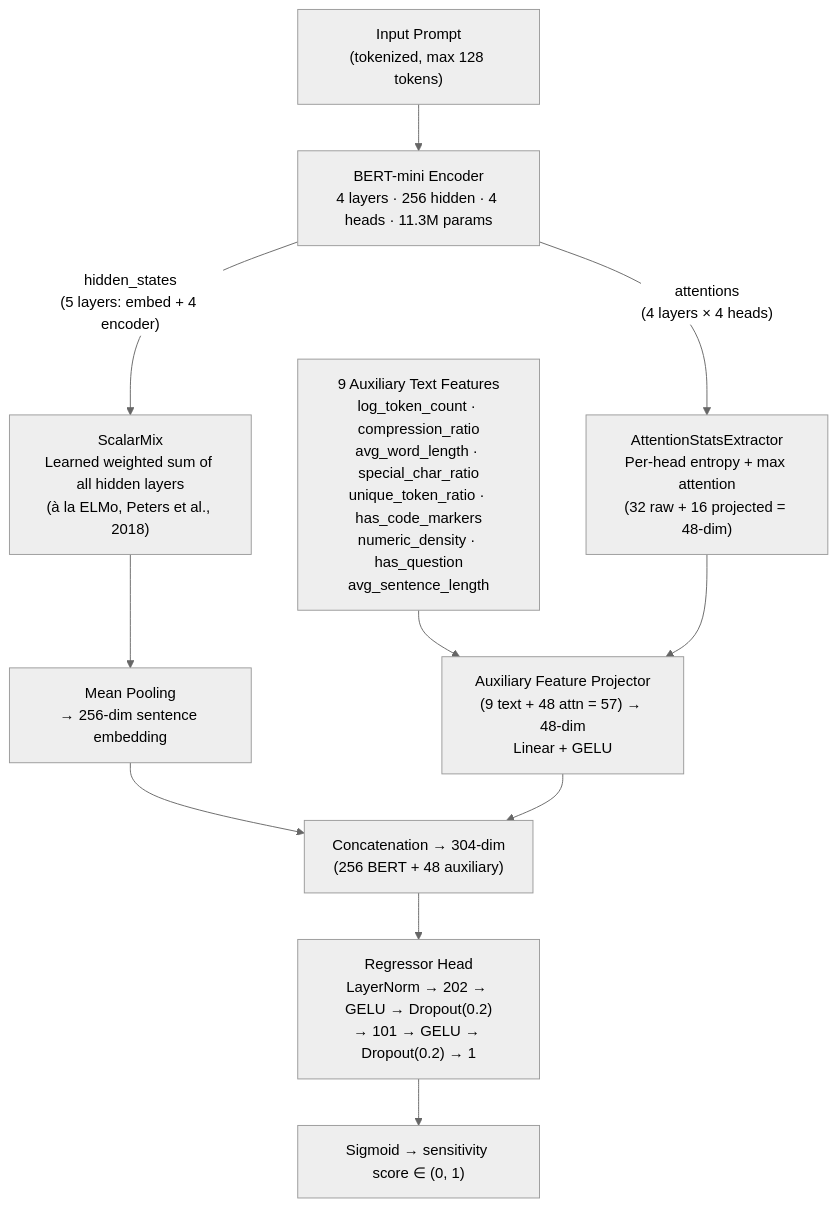
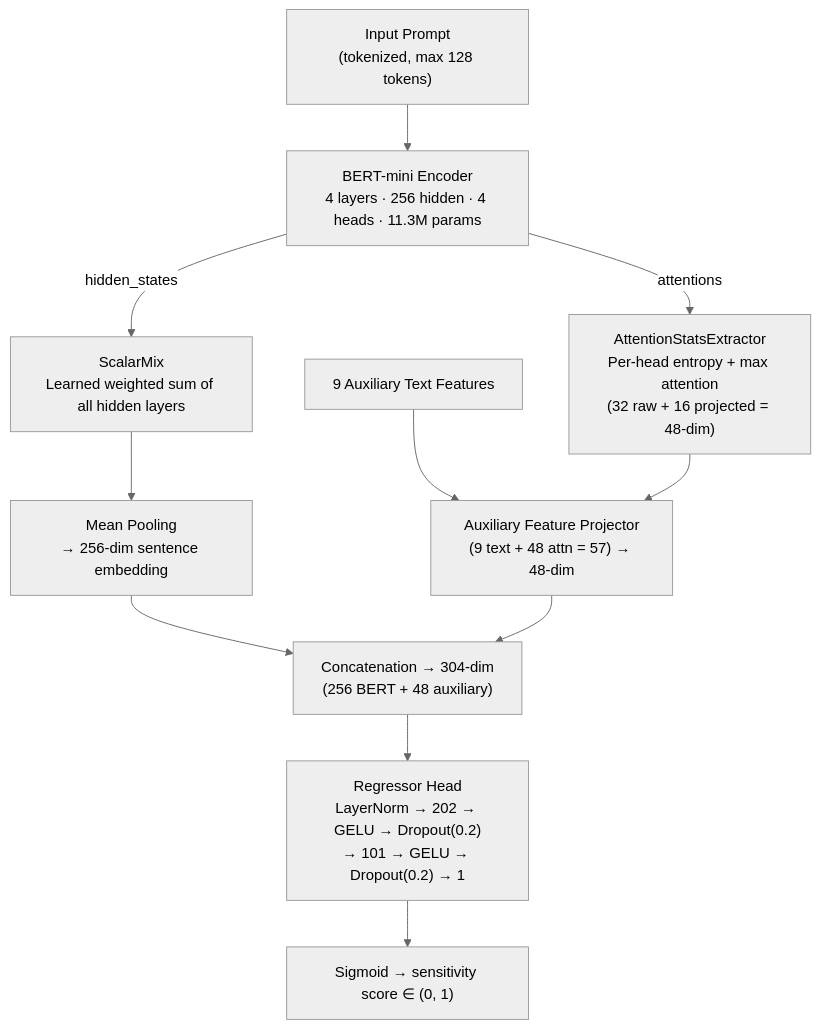
One commit to asief-iqbal/Thesis changed the third of 3 diagrams in README.md. Above: the diagram before and after it, drawn with Mermaid (neutral theme). The commit also changed other lines of this file and 247 other files, not shown here.

````diff
--- a/README.md
+++ b/README.md
@@ -231,13 +156,13 @@
 ```mermaid
 flowchart TD
     A["Input Prompt<br/>(tokenized, max 128 tokens)"] --> B["BERT-mini Encoder<br/>4 layers · 256 hidden · 4 heads · 11.3M params"]
-    B -->|"hidden_states<br/>(5 layers: embed + 4 encoder)"| C["ScalarMix<br/>Learned weighted sum of all hidden layers<br/>(à la ELMo, Peters et al., 2018)"]
-    B -->|"attentions<br/>(4 layers × 4 heads)"| D["AttentionStatsExtractor<br/>Per-head entropy + max attention<br/>(32 raw + 16 projected = 48-dim)"]
+    B -->|"hidden_states"| C["ScalarMix<br/>Learned weighted sum of all hidden layers"]
+    B -->|"attentions"| D["AttentionStatsExtractor<br/>Per-head entropy + max attention<br/>(32 raw + 16 projected = 48-dim)"]
     C --> E["Mean Pooling<br/>→ 256-dim sentence embedding"]
-    G["9 Auxiliary Text Features<br/>log_token_count · compression_ratio<br/>avg_word_length · special_char_ratio<br/>unique_token_ratio · has_code_markers<br/>numeric_density · has_question<br/>avg_sentence_length"] --> F["Auxiliary Feature Projector<br/>(9 text + 48 attn = 57) → 48-dim<br/>Linear + GELU"]
+    G["9 Auxiliary Text Features"] --> F["Auxiliary Feature Projector<br/>(9 text + 48 attn = 57) → 48-dim"]
     D --> F
     E --> H["Concatenation → 304-dim<br/>(256 BERT + 48 auxiliary)"]
     F --> H
     H --> I["Regressor Head<br/>LayerNorm → 202 → GELU → Dropout(0.2)<br/>→ 101 → GELU → Dropout(0.2) → 1"]
     I --> J["Sigmoid → sensitivity score ∈ (0, 1)"]
 ```
````
